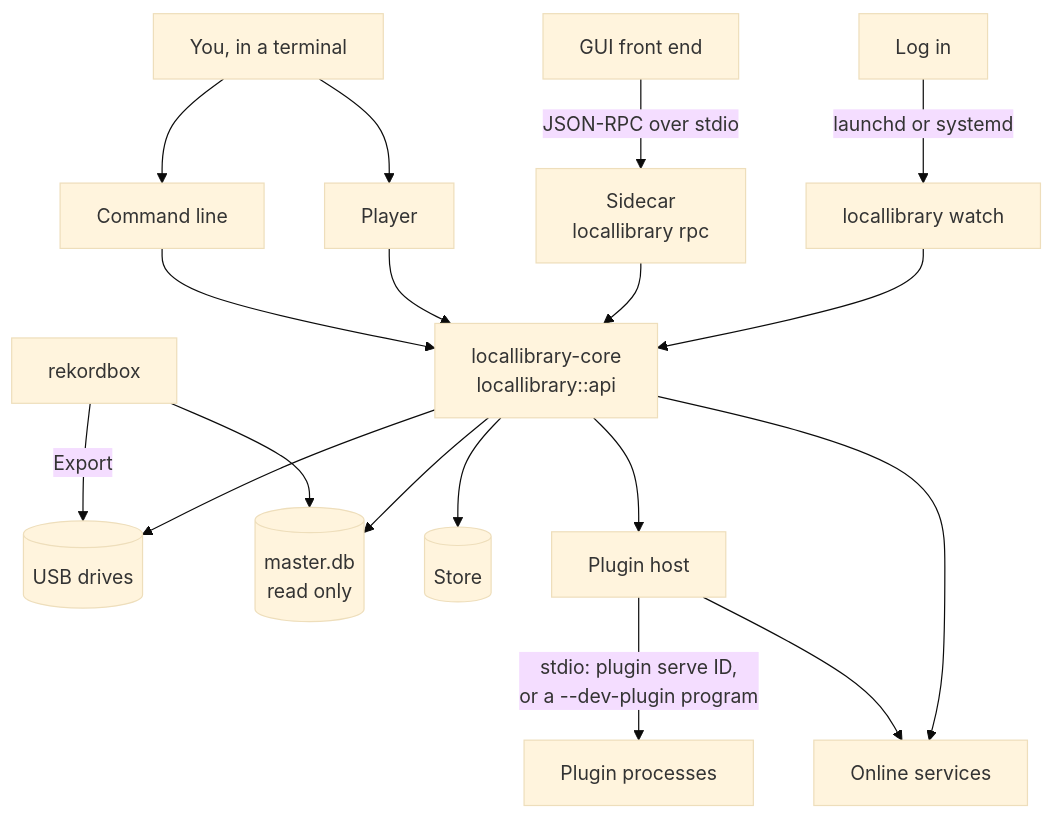
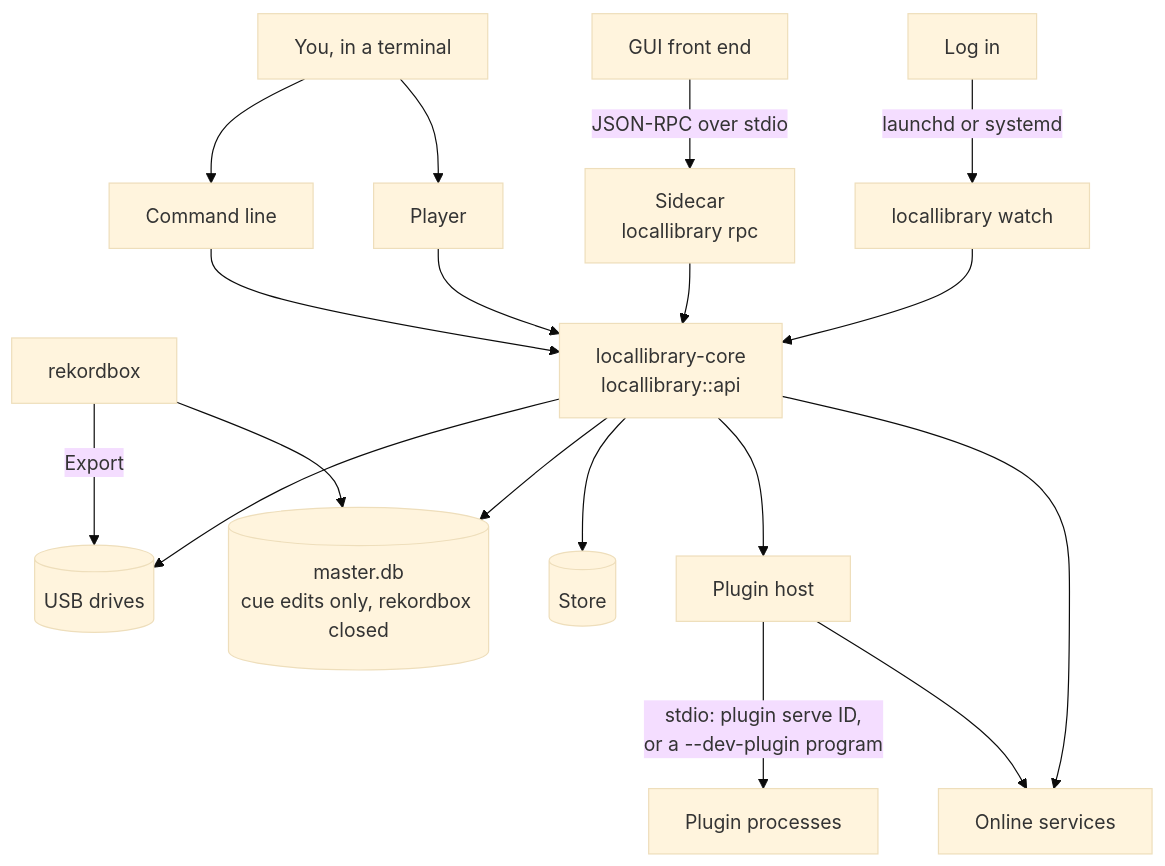
The first of 11 diagrams in apps/locallibrary/README.md (cutenode/localnetwork), drawn with Mermaid (base theme) before and after one commit. The commit also changed 16 other files, not shown here.

First line of the commit message:
feat(locallibrary): the player writes the collection's waiting cue edits and undoes them

````diff
--- a/apps/locallibrary/README.md
+++ b/apps/locallibrary/README.md
@@ -270,20 +270,20 @@
 ```mermaid
 flowchart TD
     you["You, in a terminal"] --> cli["Command line"]
     you --> player["Player"]
     gui["GUI front end"] -->|"JSON-RPC over stdio"| sidecar["Sidecar<br/>locallibrary rpc"]
     login["Log in"] -->|"launchd or systemd"| watch["locallibrary watch"]
     cli --> api["locallibrary-core<br/>locallibrary::api"]
     player --> api
     sidecar --> api
     watch --> api
     rekordbox["rekordbox"] -->|"Export"| drives[("USB drives")]
-    rekordbox --> master[("master.db<br/>read only")]
+    rekordbox --> master[("master.db<br/>cue edits only, rekordbox closed")]
     api --> drives
     api --> store[("Store")]
     api --> master
     api --> host["Plugin host"]
     host -->|"stdio: plugin serve ID,<br/>or a --dev-plugin program"| procs["Plugin processes"]
     host --> net["Online services"]
     api --> net
 ```
````
